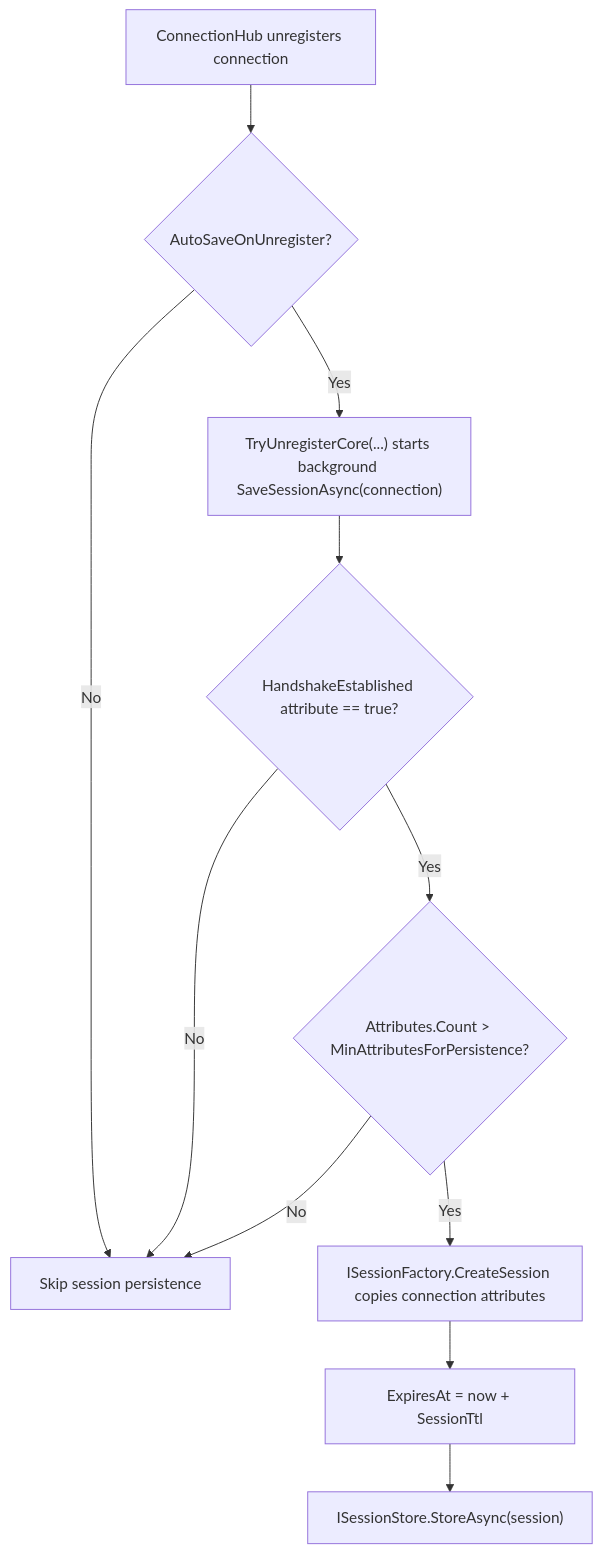
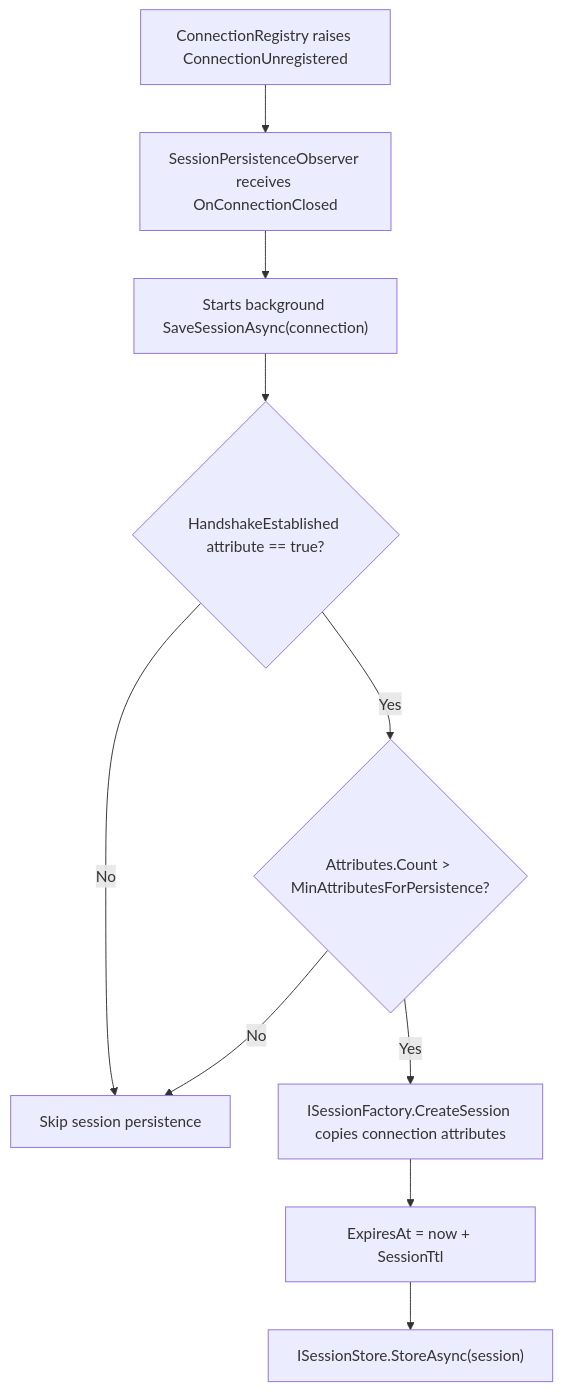
One commit to ppn-systems/Nalix changed the diagram in docs/api/options/network/session-store-options.md. Above: the diagram before and after it, drawn with Mermaid. The commit also changed other lines of this file and 59 other files, not shown here.

````diff
--- a/docs/api/options/network/session-store-options.md
+++ b/docs/api/options/network/session-store-options.md
@@ -37,13 +34,12 @@
 ```mermaid
 flowchart TD
-    A["ConnectionHub unregisters connection"] --> B{"AutoSaveOnUnregister?"}
-    B -->|No| Z["Skip session persistence"]
-    B -->|Yes| C["TryUnregisterCore(...) starts background SaveSessionAsync(connection)"]
+    A["ConnectionRegistry raises ConnectionUnregistered"] --> B["SessionPersistenceObserver receives OnConnectionClosed"]
+    B --> C["Starts background SaveSessionAsync(connection)"]
     C --> D{"HandshakeEstablished attribute == true?"}
-    D -->|No| Z
+    D -->|No| Z["Skip session persistence"]
     D -->|Yes| E{"Attributes.Count > MinAttributesForPersistence?"}
     E -->|No| Z
     E -->|Yes| F["ISessionFactory.CreateSession copies connection attributes"]
     F --> G["ExpiresAt = now + SessionTtl"]
     G --> H["ISessionStore.StoreAsync(session)"]
 ```
````
